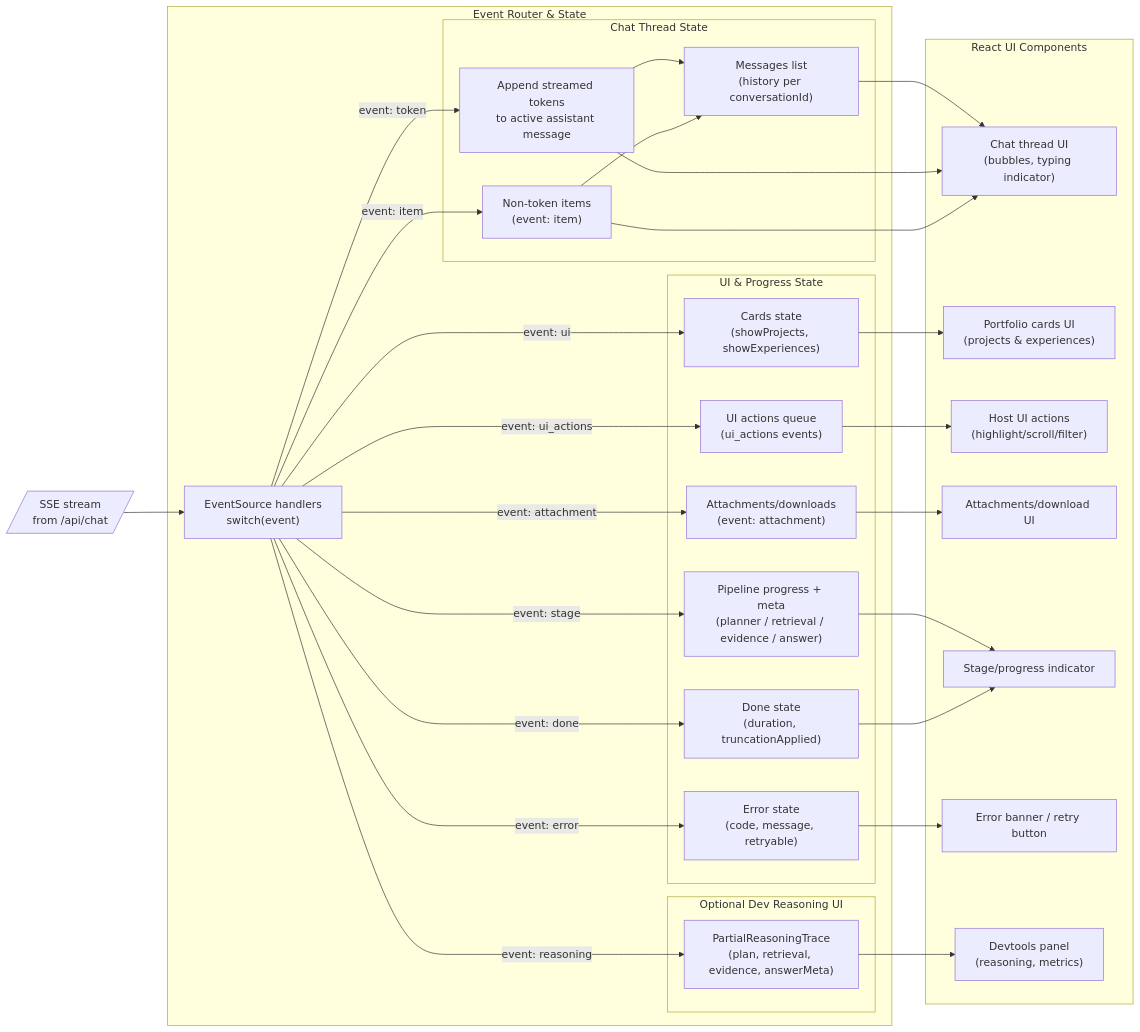
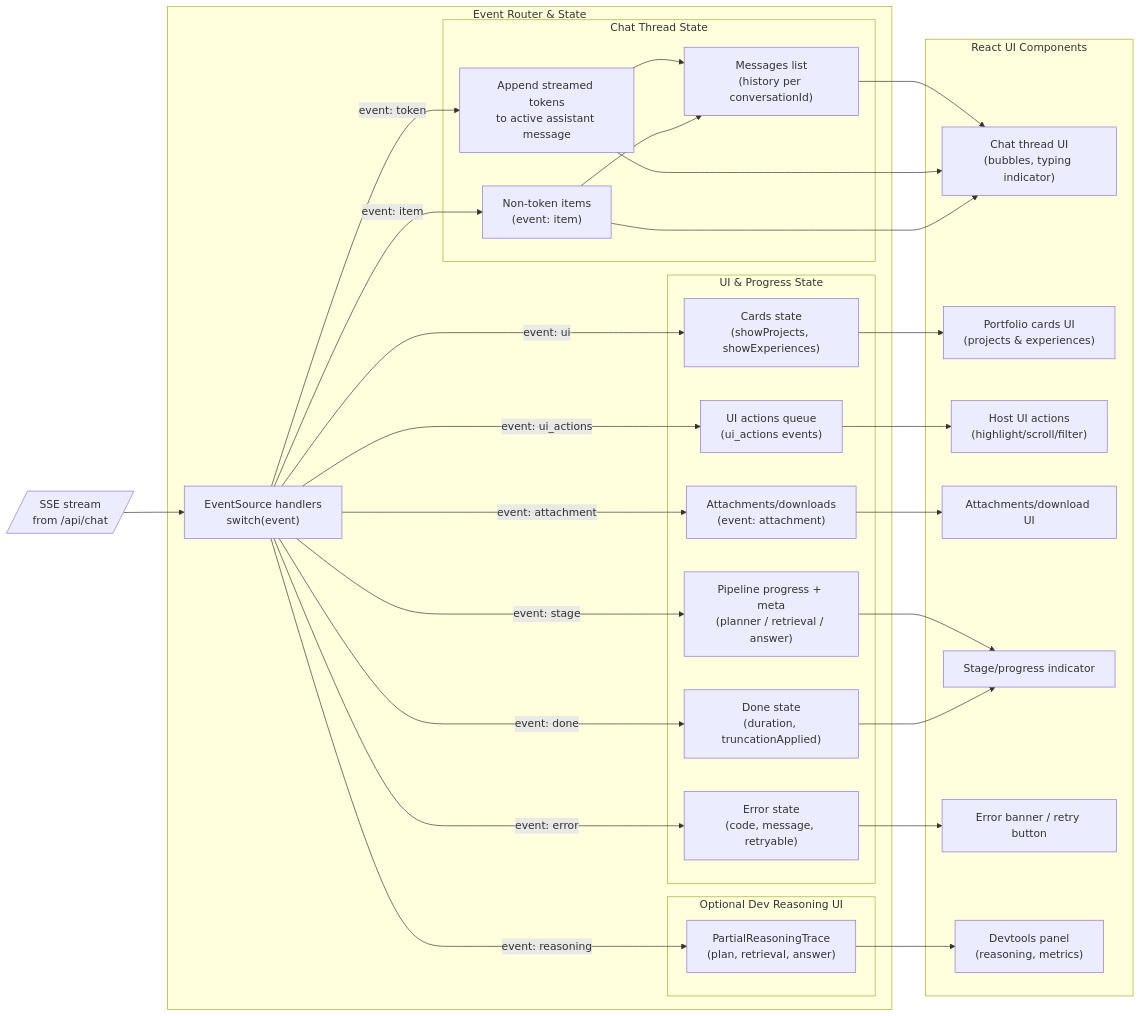
One commit to Volpestyle/portfolio changed the diagram in generated-diagrams/portfolio-chat-sse-handling.mmd. Above: the diagram before and after it, drawn with Mermaid. The commit also changed 11 other files, not shown here.

First line of the commit message:
chore: remove obsolete debug artifacts and update diagrams

```diff
--- a/generated-diagrams/portfolio-chat-sse-handling.mmd
+++ b/generated-diagrams/portfolio-chat-sse-handling.mmd
@@ -1,68 +1,68 @@
 %% Figure 6.1 -- Frontend SSE Event Handling
 %% Output: portfolio-chat-sse-handling.png
 flowchart LR
   %% === SSE Source ===
   SSE[/"SSE stream\nfrom /api/chat"/]
 
   subgraph ROUTER["Event Router & State"]
     ROUTE["EventSource handlers\nswitch(event)"]
 
     subgraph CHAT_STATE["Chat Thread State"]
       TOKENS["Append streamed tokens\nto active assistant message"]
       ITEMS["Non-token items\n(event: item)"]
       MSGS["Messages list\n(history per conversationId)"]
     end
 
     subgraph UI_STATE["UI & Progress State"]
-      STAGE["Pipeline progress + meta\n(planner / retrieval / evidence / answer)"]
+      STAGE["Pipeline progress + meta\n(planner / retrieval / answer)"]
       CARDS["Cards state\n(showProjects, showExperiences)"]
       ACTIONS["UI actions queue\n(ui_actions events)"]
       ATTACH["Attachments/downloads\n(event: attachment)"]
       ERR_STATE["Error state\n(code, message, retryable)"]
       DONE_STATE["Done state\n(duration, truncationApplied)"]
     end
 
     subgraph DEVTOOLS["Optional Dev Reasoning UI"]
-      REASON["PartialReasoningTrace\n(plan, retrieval, evidence, answerMeta)"]
+      REASON["PartialReasoningTrace\n(plan, retrieval, answer)"]
     end
   end
 
   subgraph RENDER["React UI Components"]
     CHAT_UI["Chat thread UI\n(bubbles, typing indicator)"]
     CARDS_UI["Portfolio cards UI\n(projects & experiences)"]
     ACTIONS_UI["Host UI actions\n(highlight/scroll/filter)"]
     ATTACH_UI["Attachments/download UI"]
     PROGRESS_UI[Stage/progress indicator]
     ERROR_UI[Error banner / retry button]
     DEV_UI["Devtools panel\n(reasoning, metrics)"]
   end
 
   %% --- Wiring: SSE -> Router ---
   SSE --> ROUTE
 
   %% --- Routing by event type ---
   ROUTE -->|event: token| TOKENS
   ROUTE -->|event: item| ITEMS
   TOKENS --> MSGS
   ITEMS --> MSGS
 
   ROUTE -->|event: stage| STAGE
   ROUTE -->|event: ui| CARDS
   ROUTE -->|event: ui_actions| ACTIONS
   ROUTE -->|event: attachment| ATTACH
   ROUTE -->|event: reasoning| REASON
   ROUTE -->|event: error| ERR_STATE
   ROUTE -->|event: done| DONE_STATE
 
   %% --- State -> UI ---
   MSGS --> CHAT_UI
   TOKENS --> CHAT_UI
   ITEMS --> CHAT_UI
   STAGE --> PROGRESS_UI
   CARDS --> CARDS_UI
   ACTIONS --> ACTIONS_UI
   ATTACH --> ATTACH_UI
   ERR_STATE --> ERROR_UI
   DONE_STATE --> PROGRESS_UI
 
   REASON --> DEV_UI
```
